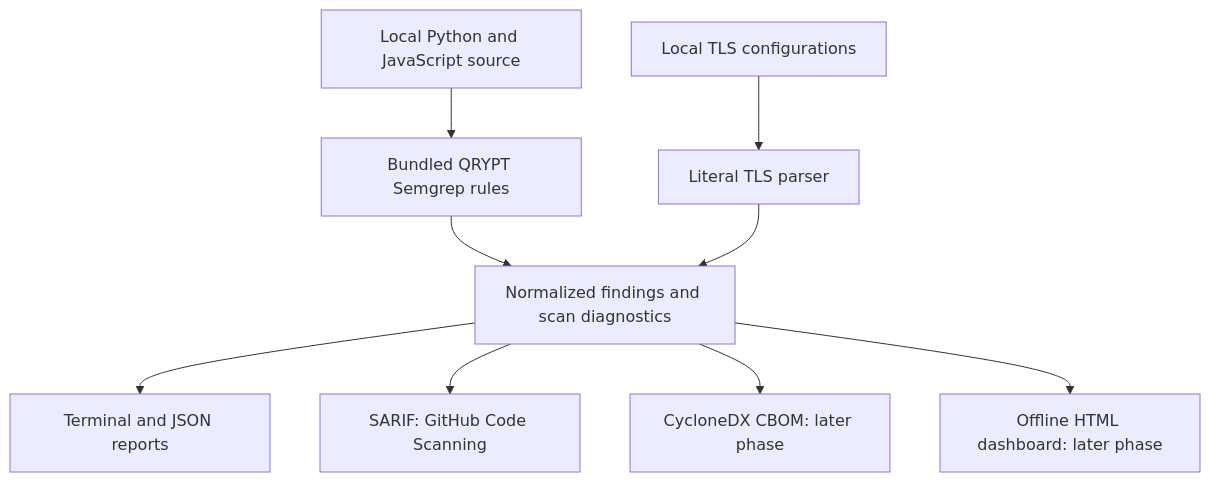
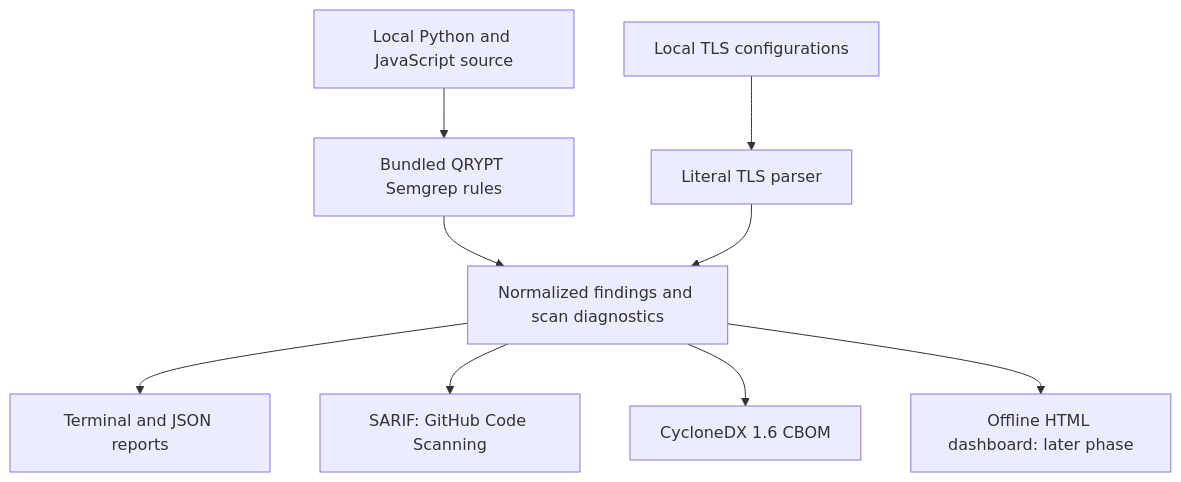
The diagram in README.md (AsyraafMS/Qrypt), drawn with Mermaid before and after one commit. The commit also changed other lines of this file and 6 other files, not shown here.

````diff
--- a/README.md
+++ b/README.md
@@ -33,11 +39,11 @@
 ```mermaid
 flowchart TD
     A[Local Python and JavaScript source] --> C[Bundled QRYPT Semgrep rules]
     B[Local TLS configurations] --> T[Literal TLS parser]
     C --> D[Normalized findings and scan diagnostics]
     T --> D
     D --> E[Terminal and JSON reports]
     D --> F[SARIF: GitHub Code Scanning]
-    D --> G[CycloneDX CBOM: later phase]
+    D --> G[CycloneDX 1.6 CBOM]
     D --> H[Offline HTML dashboard: later phase]
 ```
````
